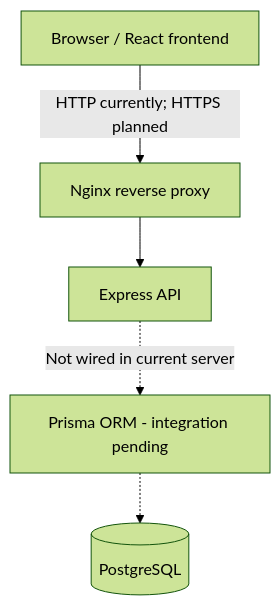
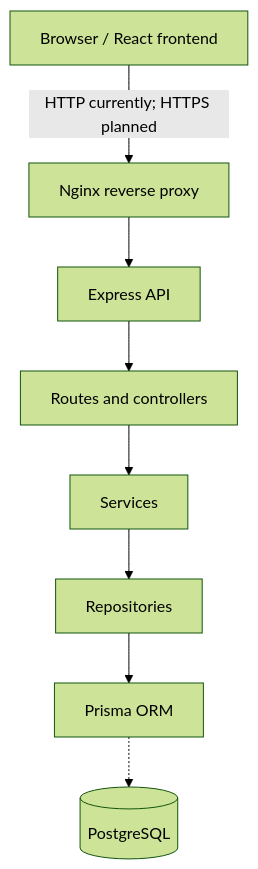
Before and after one commit to Hadi2022/ft_transcendence: the diagram in docs/architecture.md, drawn with Mermaid (forest theme). The commit also changed other lines of this file, not shown here.

Commit message:
docs: update application architecture to reflect current implementation

````diff
--- a/docs/architecture.md
+++ b/docs/architecture.md
@@ -25,13 +40,19 @@
 ```mermaid
 flowchart TD
     Browser[Browser / React frontend]
     Nginx[Nginx reverse proxy]
     API[Express API]
-    Prisma[Prisma ORM - integration pending]
+	Routes[Routes and controllers]
+	Services[Services]
+	Repositories[Repositories]
+    Prisma[Prisma ORM]
     DB[(PostgreSQL)]
 
     Browser -->|HTTP currently; HTTPS planned| Nginx
     Nginx --> API
-    API -.->|Not wired in current server| Prisma
+	API --> Routes
+	Routes --> Services
+    Services --> Repositories
+    Repositories --> Prisma
     Prisma -.-> DB
 ```
````
